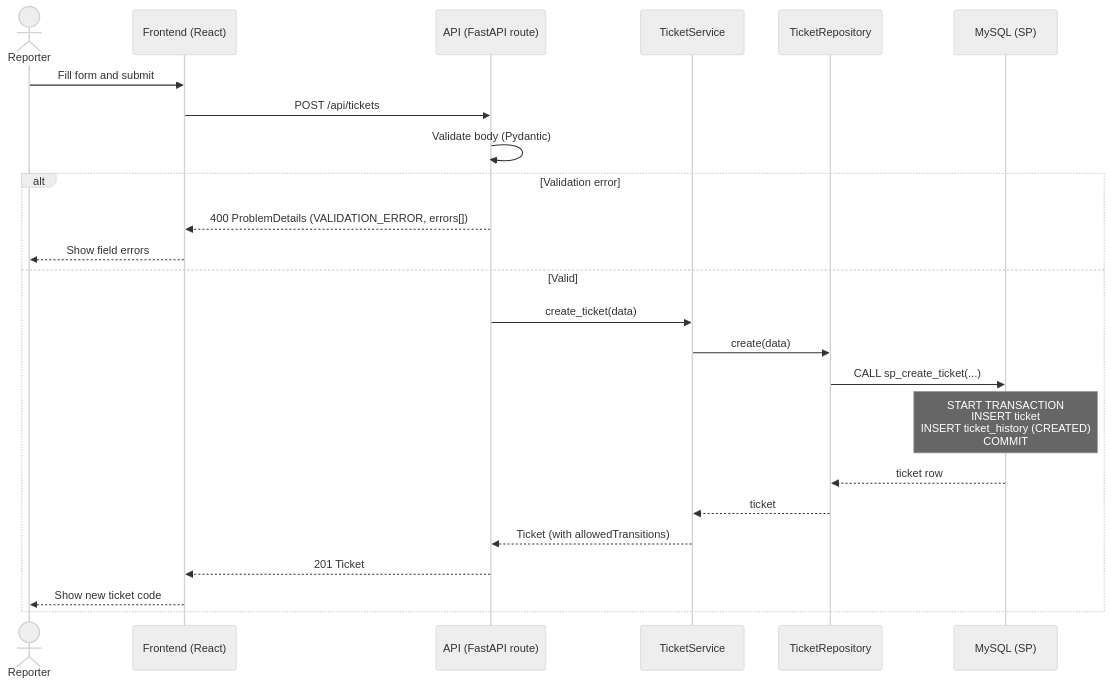
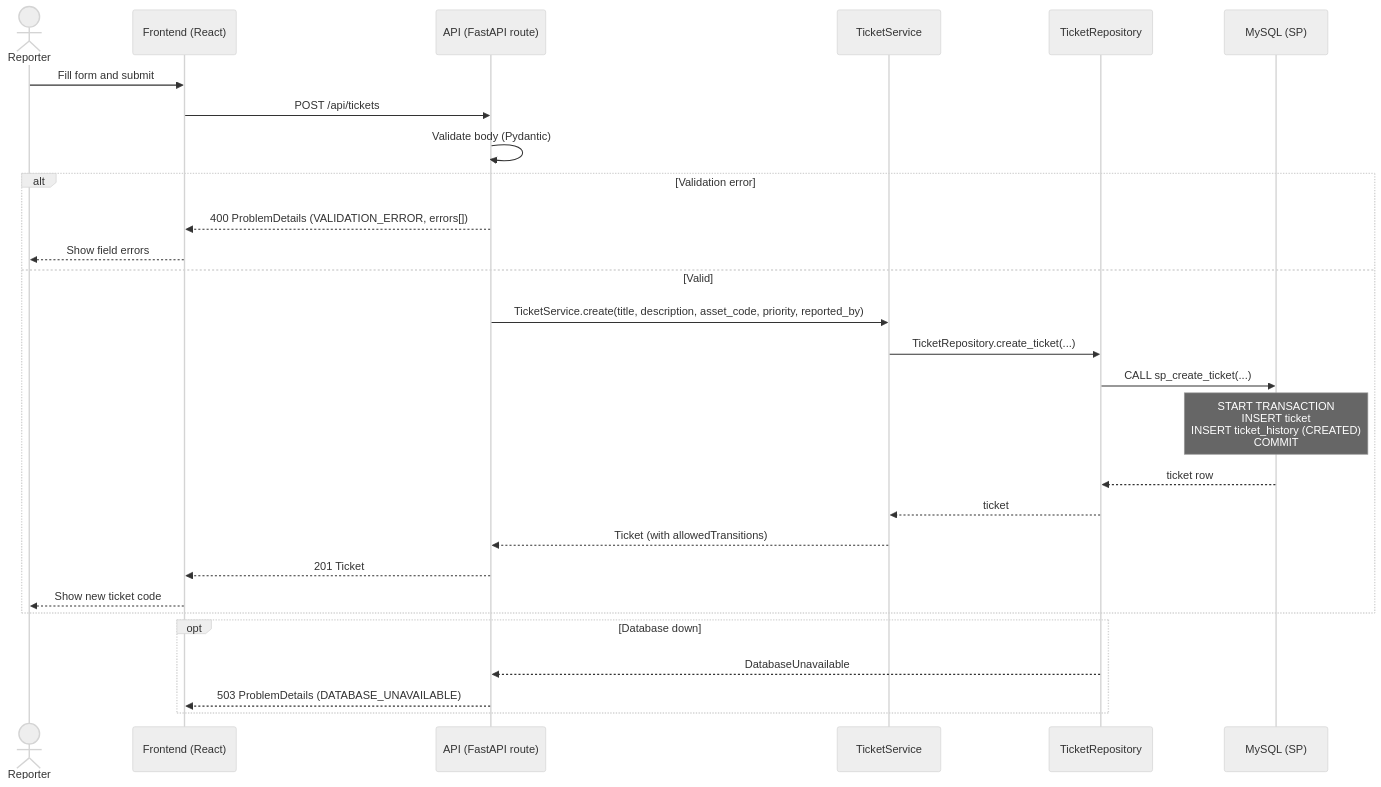
Before and after one commit to MaxWolts/reto-tecnico-fractal-soluciones: the first of 2 diagrams in docs/sequence.md, drawn with Mermaid (neutral theme). The commit also changed other lines of this file and 3 other files, not shown here.

````diff
--- a/docs/sequence.md
+++ b/docs/sequence.md
@@ -5,27 +5,31 @@
 ```mermaid
 sequenceDiagram
     actor Reporter
     participant FE as Frontend (React)
     participant API as API (FastAPI route)
     participant SVC as TicketService
     participant REPO as TicketRepository
     participant DB as MySQL (SP)
 
     Reporter->>FE: Fill form and submit
     FE->>API: POST /api/tickets
     API->>API: Validate body (Pydantic)
     alt Validation error
         API-->>FE: 400 ProblemDetails (VALIDATION_ERROR, errors[])
         FE-->>Reporter: Show field errors
     else Valid
-        API->>SVC: create_ticket(data)
-        SVC->>REPO: create(data)
+        API->>SVC: TicketService.create(title, description, asset_code, priority, reported_by)
+        SVC->>REPO: TicketRepository.create_ticket(...)
         REPO->>DB: CALL sp_create_ticket(...)
         Note over DB: START TRANSACTION<br/>INSERT ticket<br/>INSERT ticket_history (CREATED)<br/>COMMIT
         DB-->>REPO: ticket row
         REPO-->>SVC: ticket
         SVC-->>API: Ticket (with allowedTransitions)
         API-->>FE: 201 Ticket
         FE-->>Reporter: Show new ticket code
     end
+    opt Database down
+        REPO-->>API: DatabaseUnavailable
+        API-->>FE: 503 ProblemDetails (DATABASE_UNAVAILABLE)
+    end
 ```
````
